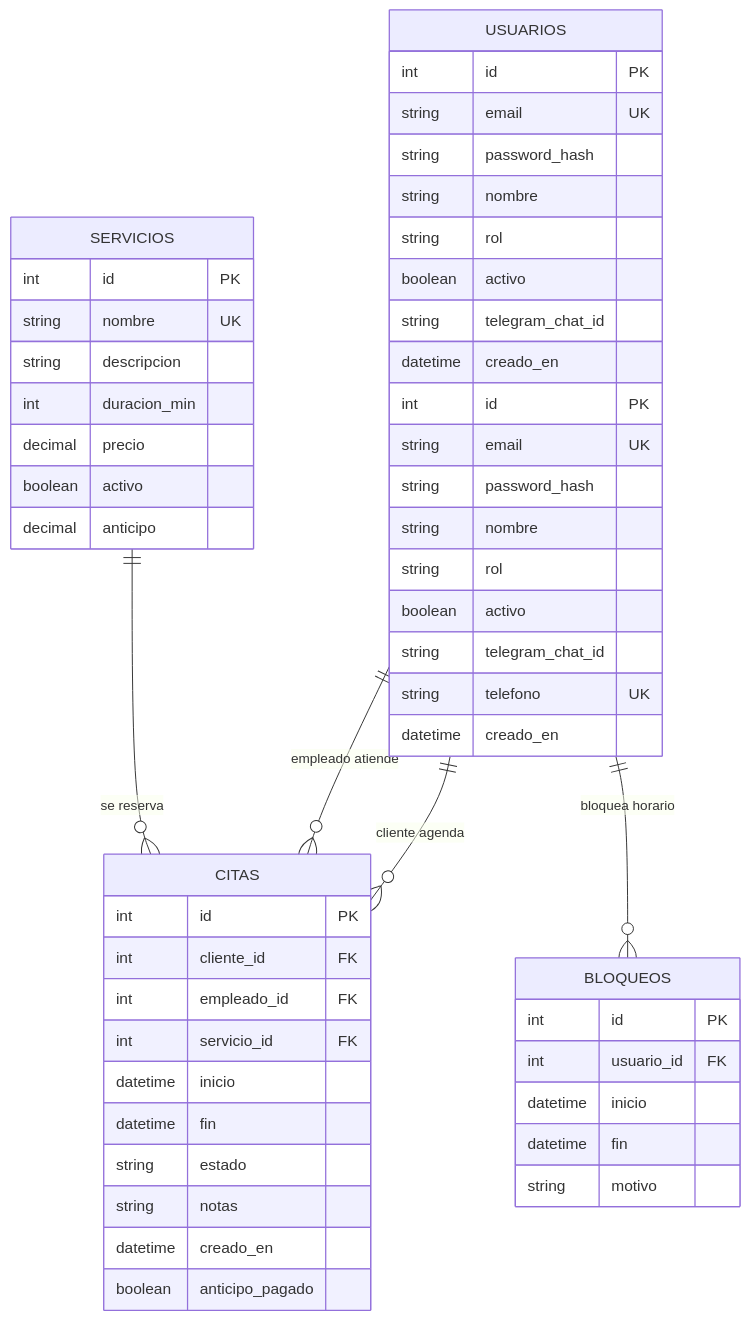
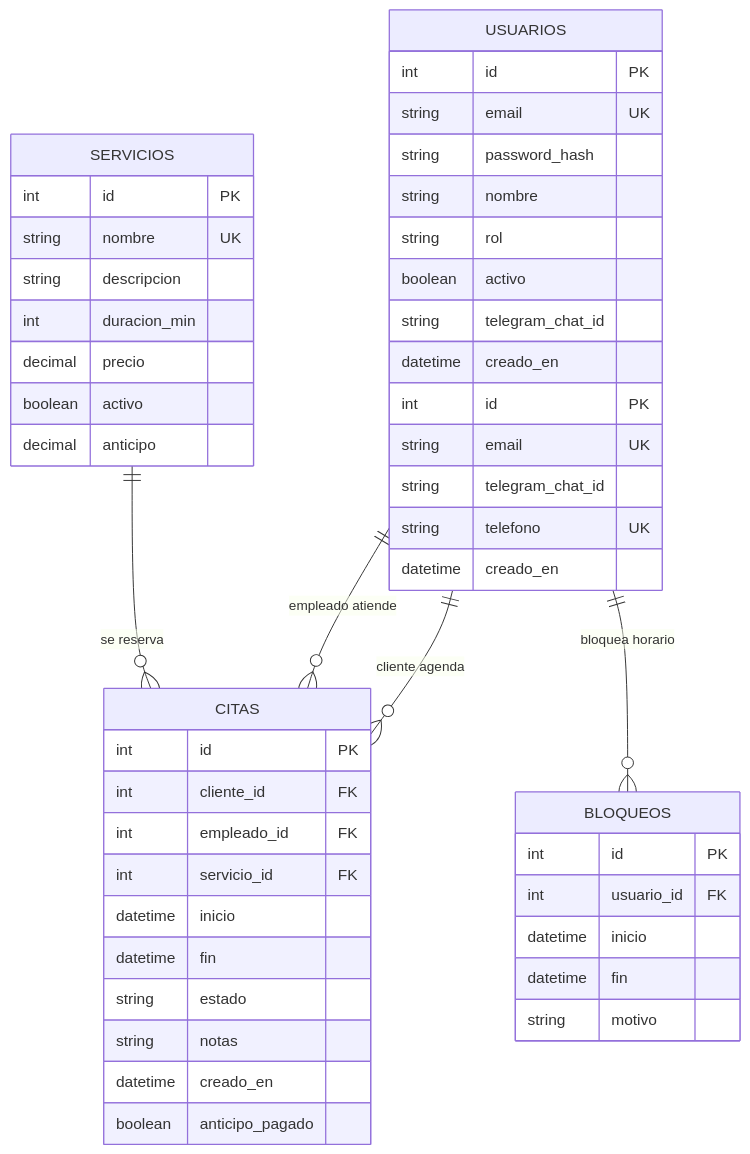
The diagram in docs/modelo-er.md (EvainLB/citas-api), drawn with Mermaid before and after one commit. The commit also changed 1 other file, not shown here.

Commit message:
feat: agrega modelo Bloqueo y corrige diagrama

````diff
--- a/docs/modelo-er.md
+++ b/docs/modelo-er.md
@@ -3,58 +3,55 @@
 ```mermaid
 erDiagram
     USUARIOS ||--o{ CITAS : "cliente agenda"
     USUARIOS ||--o{ CITAS : "empleado atiende"
     SERVICIOS ||--o{ CITAS : "se reserva"
     USUARIOS ||--o{ BLOQUEOS : "bloquea horario"
 
     USUARIOS {
         int id PK
         string email UK
         string password_hash
         string nombre
         string rol
         boolean activo
         string telegram_chat_id
         datetime creado_en
     }
     SERVICIOS {
         int id PK
         string nombre UK
         string descripcion
         int duracion_min
         decimal precio
         boolean activo
         decimal anticipo
     }
     CITAS {
         int id PK
         int cliente_id FK
         int empleado_id FK
         int servicio_id FK
         datetime inicio
         datetime fin
         string estado
         string notas
         datetime creado_en
         boolean anticipo_pagado
     }
     BLOQUEOS {
         int id PK
         int usuario_id FK
         datetime inicio
         datetime fin
         string motivo
     }
 
         USUARIOS {
         int id PK
         string email UK
-        string password_hash
-        string nombre
-        string rol
-        boolean activo
-        string telegram_chat_id
+                string telegram_chat_id
         string telefono UK
         datetime creado_en
     }
+    
 ```
````
